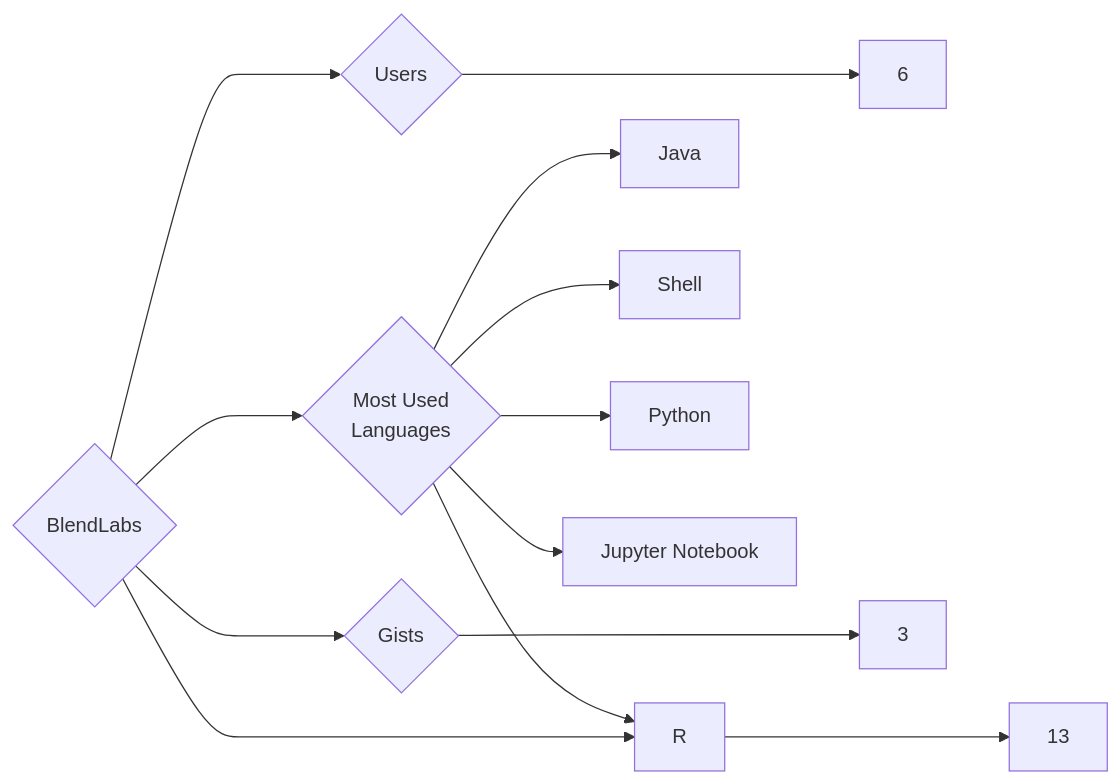
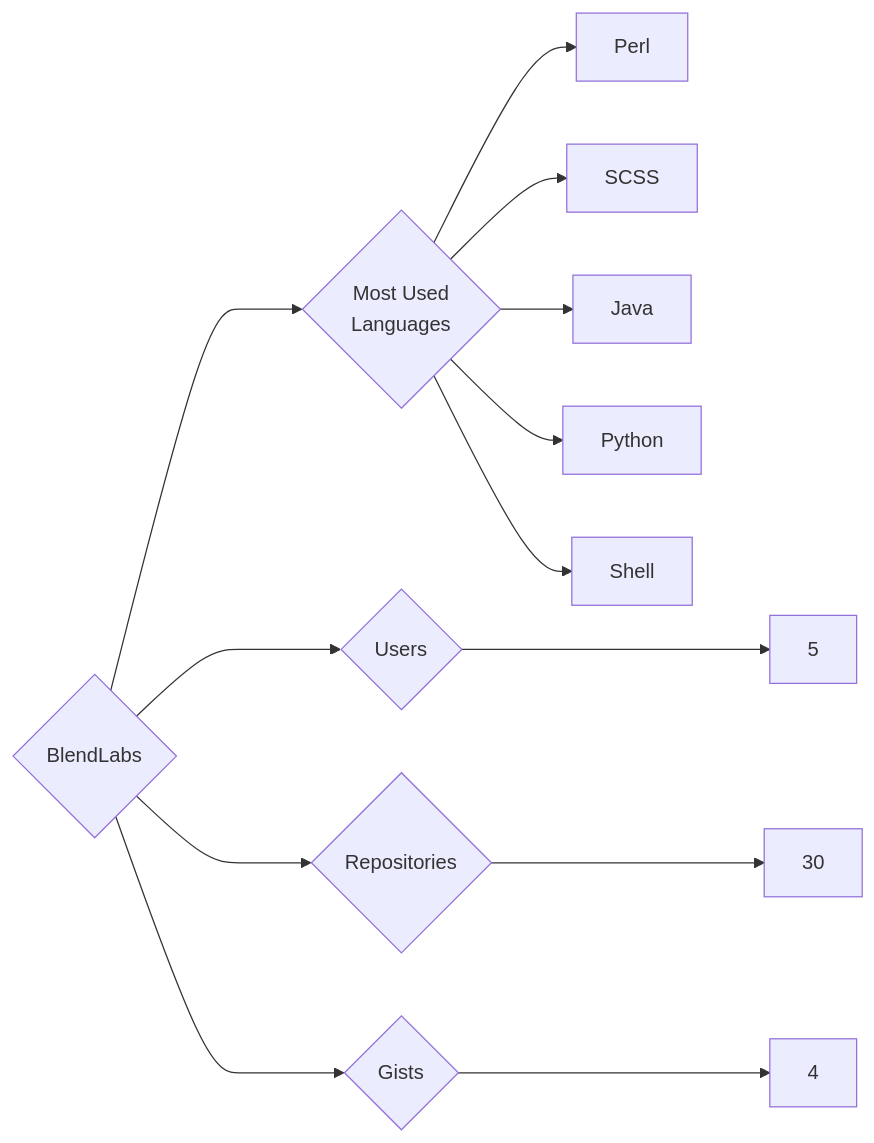
The diagram in targets/BlendLabs/README.md (trickest/insiders), drawn with Mermaid before and after one commit. The commit also changed 724 other files, not shown here.

````diff
--- a/targets/BlendLabs/README.md
+++ b/targets/BlendLabs/README.md
@@ -3,13 +3,13 @@
 ```mermaid
 graph LR
 COMPANY_NAME{BlendLabs}
-COMPANY_NAME ---> U{Users} ---> UN[6]
-COMPANY_NAME ---> R{Repositories} ---> RN[13]
-COMPANY_NAME ---> G{Gists} ---> GN[3]
+COMPANY_NAME ---> U{Users} ---> UN[5]
+COMPANY_NAME ---> R{Repositories} ---> RN[30]
+COMPANY_NAME ---> G{Gists} ---> GN[4]
 COMPANY_NAME ---> ML{Most Used<br>Languages}
+ML --> Perl[Perl]
+ML --> SCSS[SCSS]
 ML --> Java[Java]
+ML --> Python[Python]
 ML --> Shell[Shell]
-ML --> R[R]
-ML --> Python[Python]
-ML --> Jupyter_Notebook[Jupyter Notebook]
 ```
````
